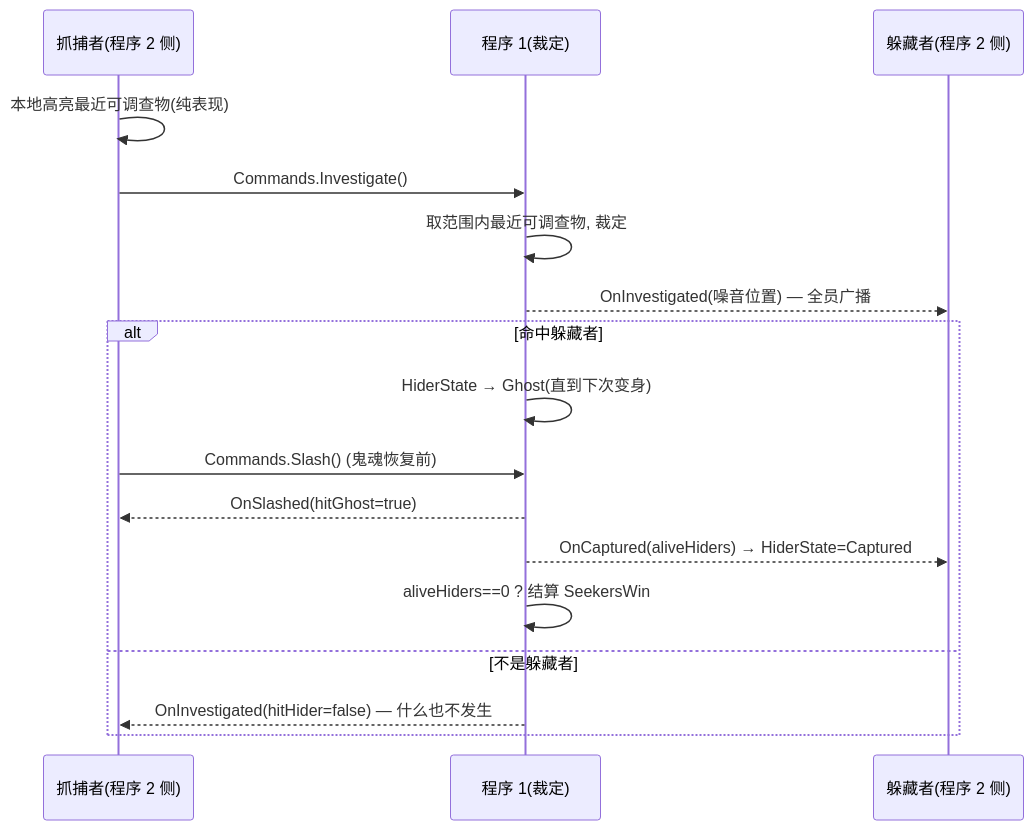
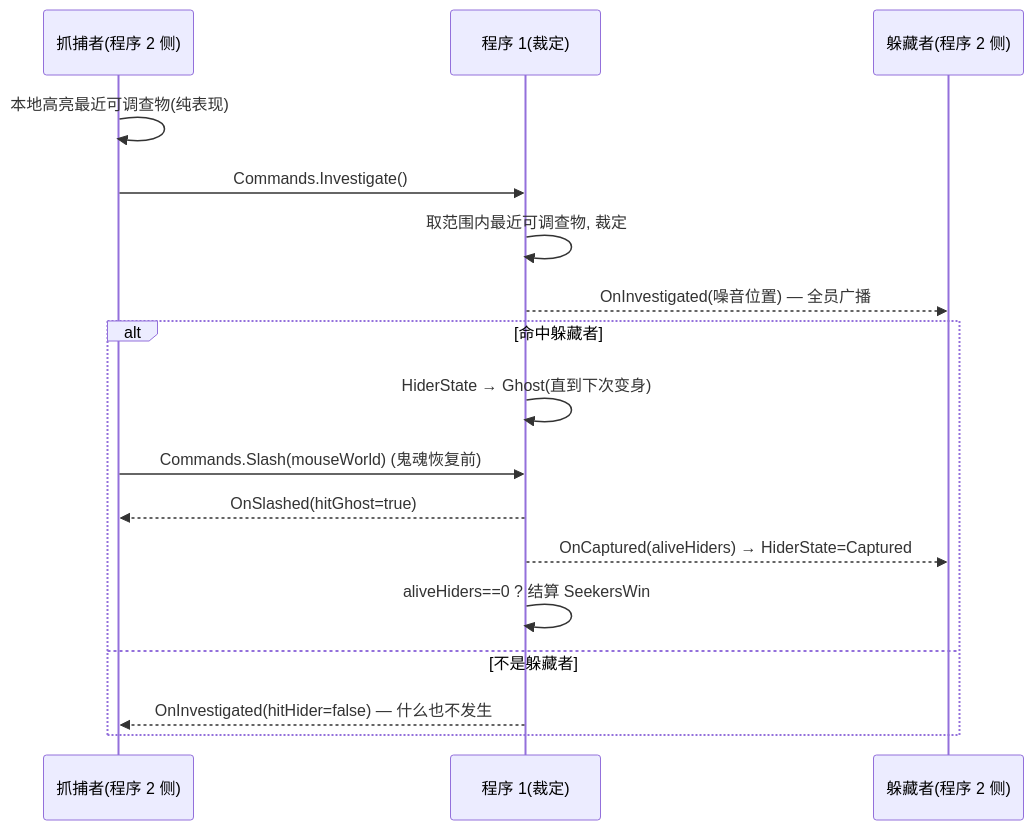
One commit to ZIYUEXIAOHU/gmtk2026-peekaboo changed the second of 2 diagrams in 接口契约.md. Above: the diagram before and after it, drawn with Mermaid. The commit also changed other lines of this file and 81 other files, not shown here.

````diff
--- a/接口契约.md
+++ b/接口契约.md
@@ -106,19 +106,19 @@
 ```mermaid
 sequenceDiagram
   participant S as 抓捕者(程序 2 侧)
   participant P1 as 程序 1(裁定)
   participant H as 躲藏者(程序 2 侧)
   S->>S: 本地高亮最近可调查物(纯表现)
   S->>P1: Commands.Investigate()
   P1->>P1: 取范围内最近可调查物, 裁定
   P1-->>H: OnInvestigated(噪音位置) — 全员广播
   alt 命中躲藏者
     P1->>P1: HiderState → Ghost(直到下次变身)
-    S->>P1: Commands.Slash() (鬼魂恢复前)
+    S->>P1: Commands.Slash(mouseWorld) (鬼魂恢复前)
     P1-->>S: OnSlashed(hitGhost=true)
     P1-->>H: OnCaptured(aliveHiders) → HiderState=Captured
     P1->>P1: aliveHiders==0 ? 结算 SeekersWin
   else 不是躲藏者
     P1-->>S: OnInvestigated(hitHider=false) — 什么也不发生
   end
 ```
````
